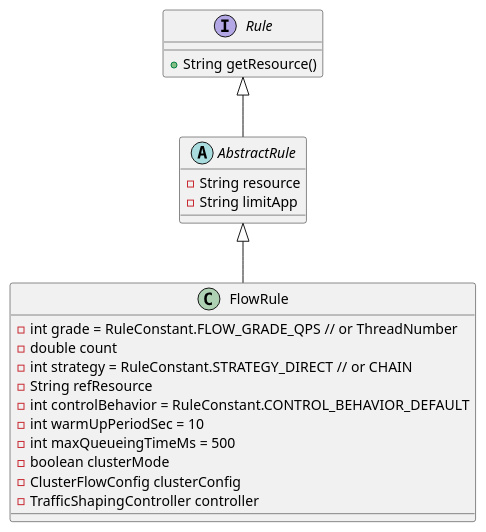
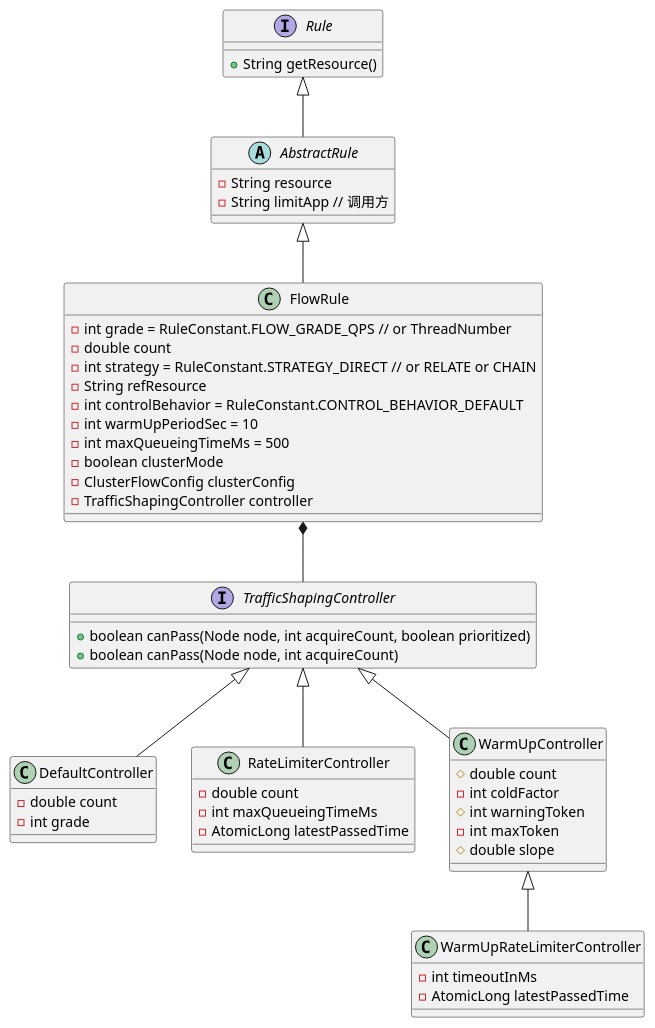
The fourth of 4 diagrams in _posts/2020-08-31-Sentinel.md (Gh0st99/Gh0st99.github.io), drawn with PlantUML before and after one commit. The commit also changed other lines of this file and 1 other file, not shown here.

````diff
--- a/_posts/2020-08-31-Sentinel.md
+++ b/_posts/2020-08-31-Sentinel.md
@@ -448,29 +452,69 @@
 ```plantuml
 @startuml rule类图
 interface Rule {
     + String getResource()
 }
 
 abstract class AbstractRule {
     - String resource
-    - String limitApp
+    - String limitApp // 调用方
 }
 
 Rule <|-- AbstractRule
 
 class FlowRule {
     - int grade = RuleConstant.FLOW_GRADE_QPS // or ThreadNumber
     - double count
-    - int strategy = RuleConstant.STRATEGY_DIRECT // or CHAIN
+    - int strategy = RuleConstant.STRATEGY_DIRECT // or RELATE or CHAIN
     - String refResource
     - int controlBehavior = RuleConstant.CONTROL_BEHAVIOR_DEFAULT
     - int warmUpPeriodSec = 10
     - int maxQueueingTimeMs = 500
     - boolean clusterMode
     - ClusterFlowConfig clusterConfig
     - TrafficShapingController controller
 }
 
 AbstractRule <|-- FlowRule
+
+interface TrafficShapingController {
+    + boolean canPass(Node node, int acquireCount, boolean prioritized)
+    + boolean canPass(Node node, int acquireCount)
+}
+
+FlowRule *-- TrafficShapingController
+
+class DefaultController {
+    - double count
+    - int grade
+}
+
+TrafficShapingController <|-- DefaultController
+
+class RateLimiterController {
+    - double count
+    - int maxQueueingTimeMs
+    - AtomicLong latestPassedTime
+}
+
+TrafficShapingController <|-- RateLimiterController
+
+class WarmUpController {
+    # double count
+    - int coldFactor
+    # int warningToken
+    - int maxToken
+    # double slope
+}
+
+TrafficShapingController <|-- WarmUpController
+
+class WarmUpRateLimiterController {
+    - int timeoutInMs
+    - AtomicLong latestPassedTime
+}
+
+WarmUpController <|-- WarmUpRateLimiterController
+
 @enduml
 ```
````
